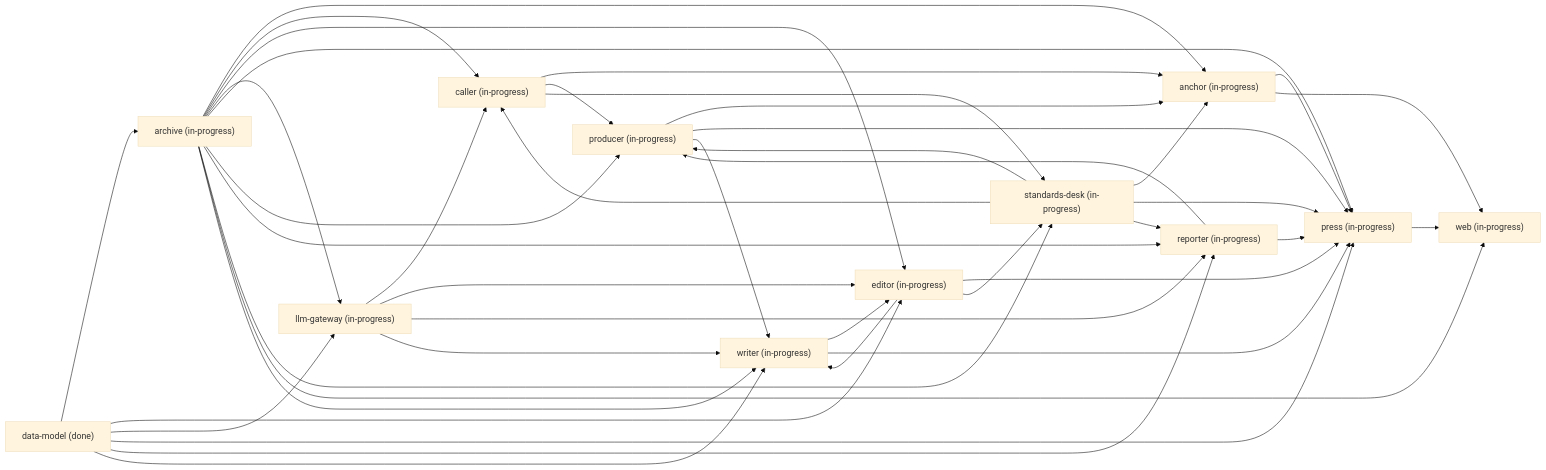
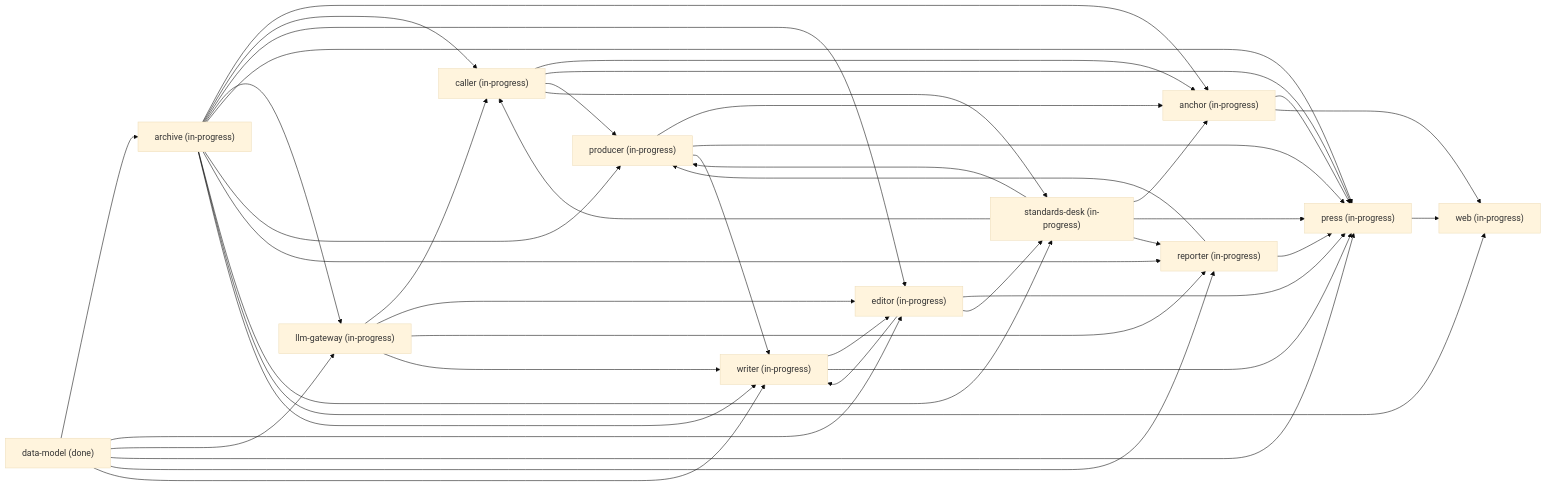
One commit to Yadnu/newsroom changed the diagram in context/GRAPH.md. Above: the diagram before and after it, drawn with Mermaid (base theme). The commit also changed other lines of this file and 21 other files, not shown here.

````diff
--- a/context/GRAPH.md
+++ b/context/GRAPH.md
@@ -31,56 +31,57 @@
 ```mermaid
 flowchart LR
   anchor["anchor (in-progress)"]
   archive["archive (in-progress)"]
   caller["caller (in-progress)"]
   data_model["data-model (done)"]
   editor["editor (in-progress)"]
   llm_gateway["llm-gateway (in-progress)"]
   press["press (in-progress)"]
   producer["producer (in-progress)"]
   reporter["reporter (in-progress)"]
   standards_desk["standards-desk (in-progress)"]
   web["web (in-progress)"]
   writer["writer (in-progress)"]
   anchor --> press
   anchor --> web
   archive --> anchor
   archive --> caller
   archive --> editor
   archive --> llm_gateway
   archive --> press
   archive --> producer
   archive --> reporter
   archive --> standards_desk
   archive --> web
   archive --> writer
   caller --> anchor
+  caller --> press
   caller --> producer
   caller --> standards_desk
   data_model --> archive
   data_model --> editor
   data_model --> llm_gateway
   data_model --> press
   data_model --> reporter
   data_model --> writer
   editor --> press
   editor --> standards_desk
   editor --> writer
   llm_gateway --> caller
   llm_gateway --> editor
   llm_gateway --> reporter
   llm_gateway --> writer
   press --> web
   producer --> anchor
   producer --> press
   producer --> writer
   reporter --> press
   reporter --> producer
   standards_desk --> anchor
   standards_desk --> caller
   standards_desk --> press
   standards_desk --> producer
   standards_desk --> reporter
   writer --> editor
   writer --> press
 ```
````
